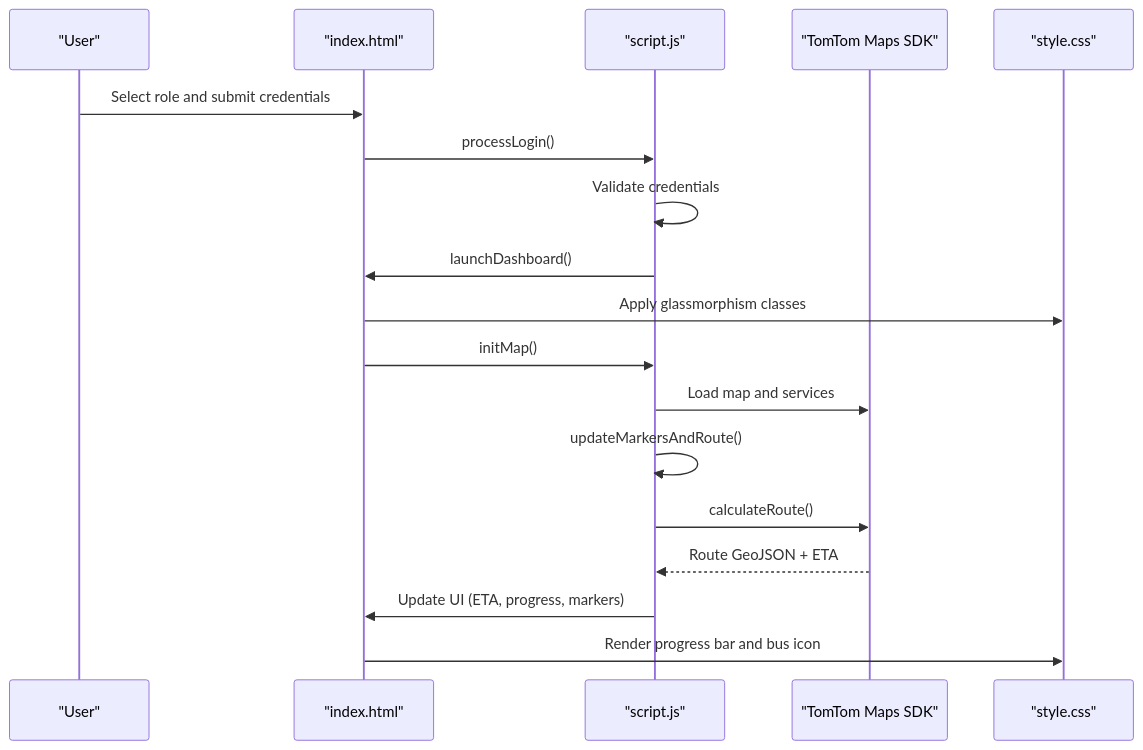
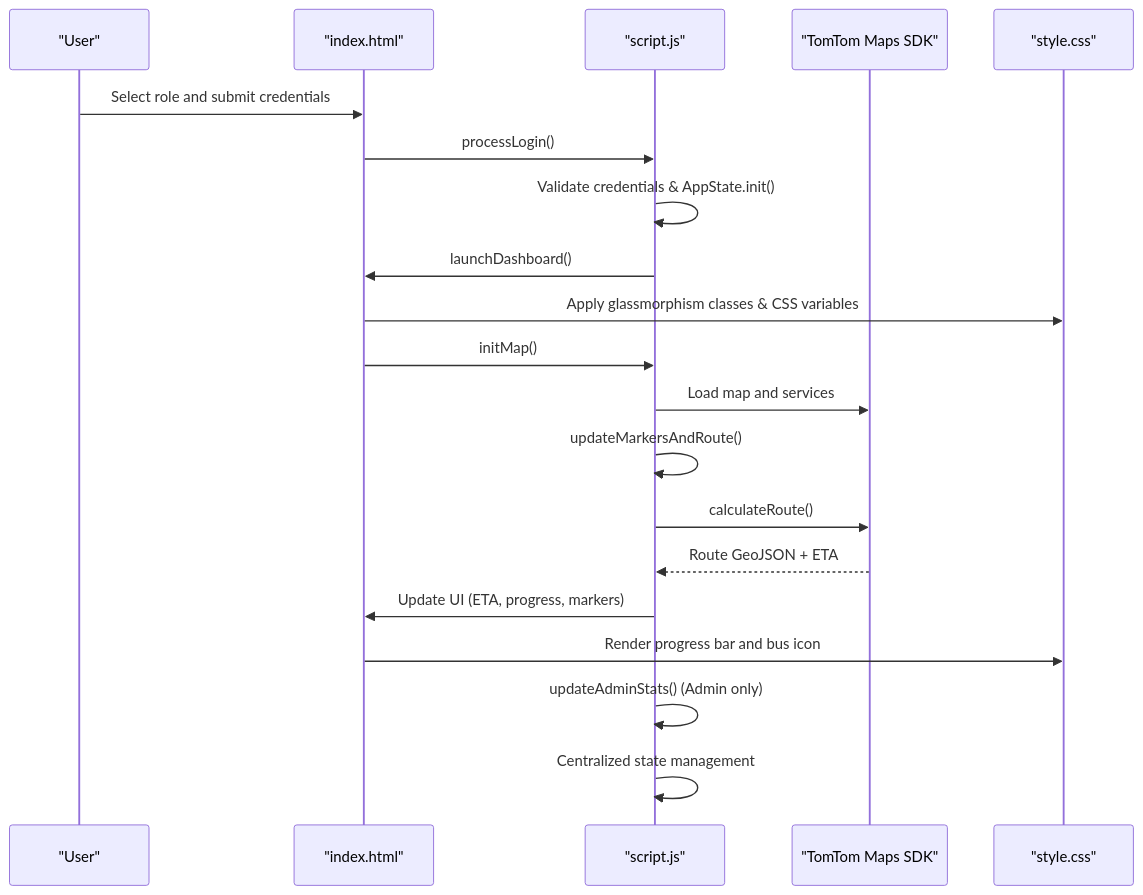
One commit to Rehanpatel3858/BusTrack-Pro changed the second of 7 diagrams in .qoder/repowiki/en/content/User Interface and Design System.md. Above: the diagram before and after it, drawn with Mermaid. The commit also changed other lines of this file and 7 other files, not shown here.

````diff
--- a/.qoder/repowiki/en/content/User Interface and Design System.md
+++ b/.qoder/repowiki/en/content/User Interface and Design System.md
@@ -86,20 +100,22 @@
 ```mermaid
 sequenceDiagram
 participant U as "User"
 participant H as "index.html"
 participant S as "script.js"
 participant T as "TomTom Maps SDK"
 participant C as "style.css"
 U->>H : Select role and submit credentials
 H->>S : processLogin()
-S->>S : Validate credentials
+S->>S : Validate credentials & AppState.init()
 S->>H : launchDashboard()
-H->>C : Apply glassmorphism classes
+H->>C : Apply glassmorphism classes & CSS variables
 H->>S : initMap()
 S->>T : Load map and services
 S->>S : updateMarkersAndRoute()
 S->>T : calculateRoute()
 T-->>S : Route GeoJSON + ETA
 S->>H : Update UI (ETA, progress, markers)
 H->>C : Render progress bar and bus icon
+S->>S : updateAdminStats() (Admin only)
+S->>S : Centralized state management
 ```
````
